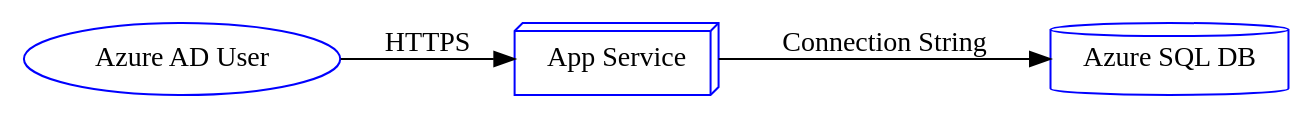
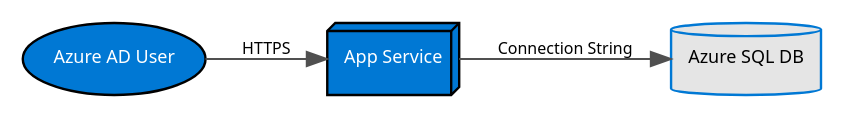
One commit to andikatjacobdennis/graphviz-tutorial changed the diagram in 1-getting-started/installation.md. Above: the diagram before and after it, drawn with Graphviz. The commit also changed 2 other files, not shown here.

Commit message:
Enhance installation guide and examples with improved Graphviz diagram styles; add class diagram example.

````diff
--- a/1-getting-started/installation.md
+++ b/1-getting-started/installation.md
@@ -59,13 +59,19 @@
    ```dot
    digraph AzureDemo {
-      rankdir="LR";
-      node [shape=box3d, color=blue];
-      
-      User [shape=oval, label="Azure AD User"];
-      WebApp [label="App Service"];
-      SQL [shape=cylinder, label="Azure SQL DB"];
-      
-      User -> WebApp [label="HTTPS"];
-      WebApp -> SQL [label="Connection String"];
+      rankdir=LR;
+
+      // Global styling
+      graph [fontname="Segoe UI", fontsize=10];
+      node  [fontname="Segoe UI", fontsize=9, penwidth=1.2];
+      edge  [fontname="Segoe UI", fontsize=8, color="#505050", fontcolor="black"];
+
+      // Nodes
+      User    [shape=oval,     label="Azure AD User", style=filled, fillcolor="#0078D4", fontcolor=white];
+      WebApp  [shape=box3d,    label="App Service",   style=filled, fillcolor="#0078D4", fontcolor=white];
+      SQL     [shape=cylinder, label="Azure SQL DB",  style=filled, fillcolor="#E5E5E5", color="#0078D4", fontcolor=black];
+
+      // Edges
+      User   -> WebApp [label="HTTPS"];
+      WebApp -> SQL    [label="Connection String"];
    }
    ```  
````
